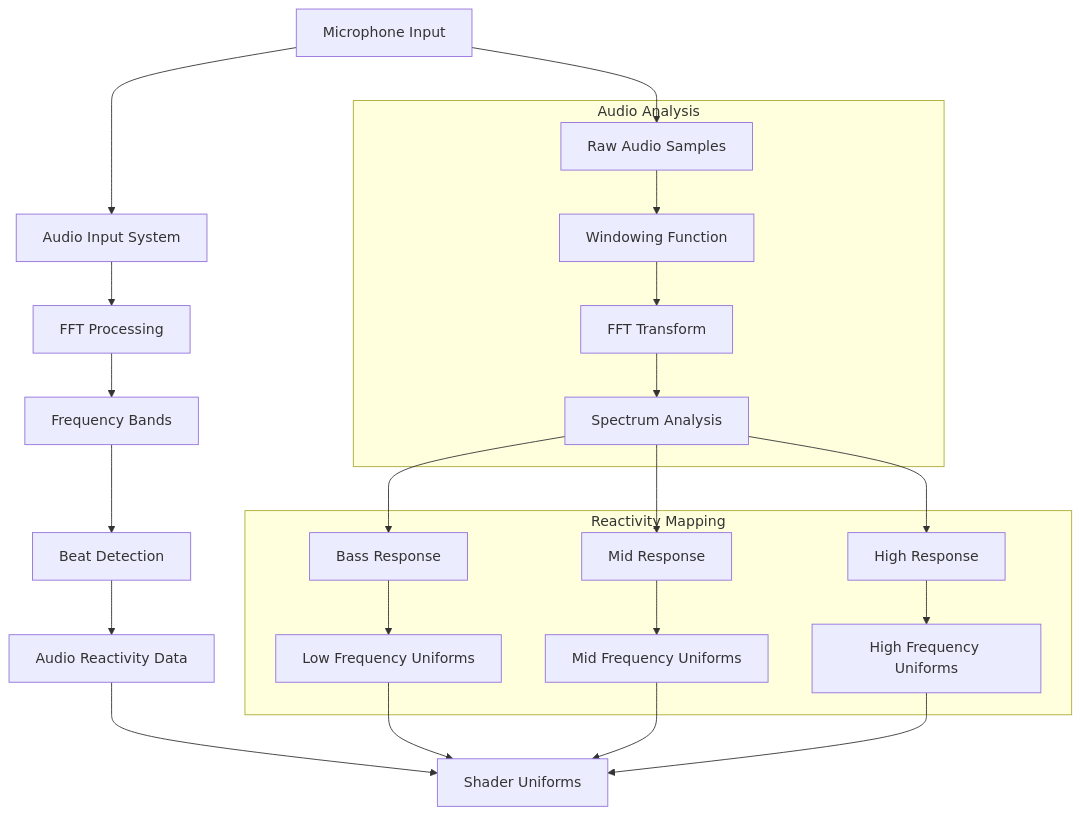
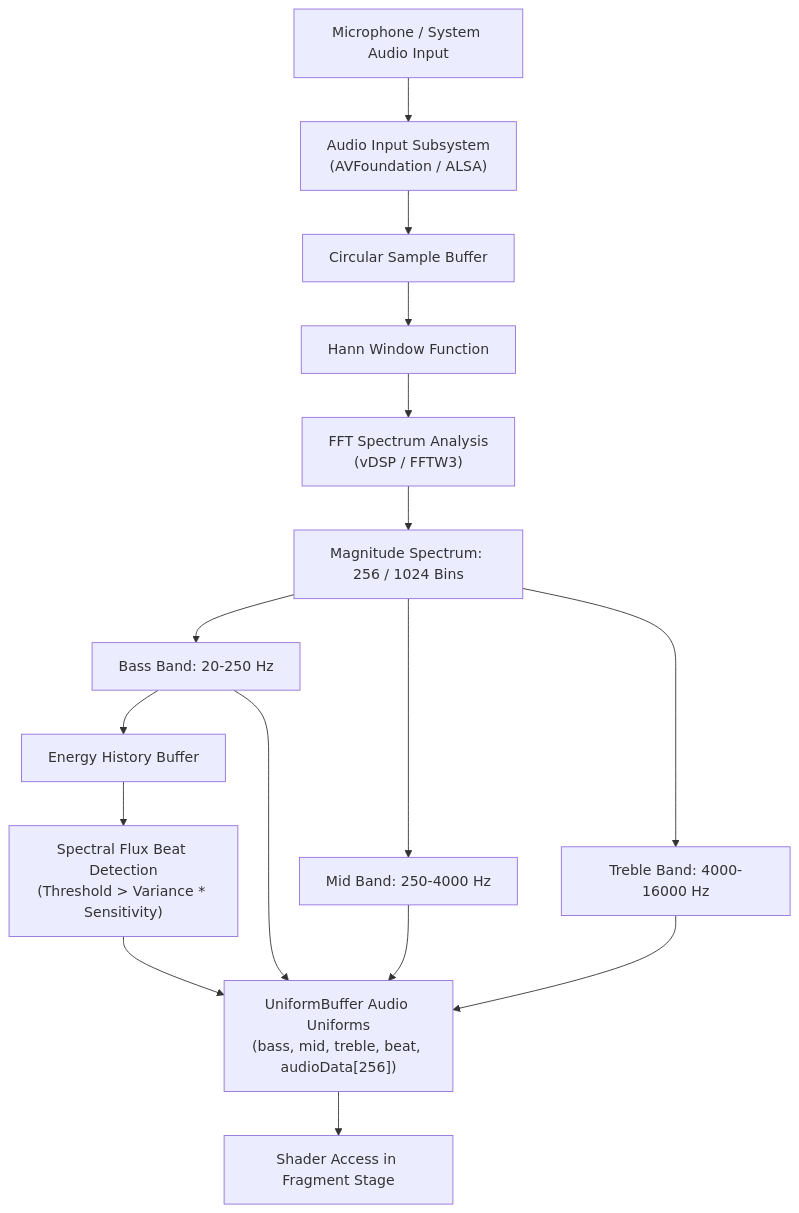
Before and after one commit to 23skdu/ShaderCandy: the fifth of 11 diagrams in docs/ArchitectureDiagrams.md, drawn with Mermaid. The commit also changed other lines of this file and 32 other files, not shown here.

````diff
--- a/docs/ArchitectureDiagrams.md
+++ b/docs/ArchitectureDiagrams.md
@@ -67,29 +140,18 @@
 ```mermaid
 flowchart TD
-    A[Microphone Input] --> B[Audio Input System]
-    B --> C[FFT Processing]
-    C --> D[Frequency Bands]
-    D --> E[Beat Detection]
-    E --> F[Audio Reactivity Data]
-    F --> G[Shader Uniforms]
+    A[Microphone / System Audio Input] --> B["Audio Input Subsystem\n(AVFoundation / ALSA)"]
+    B --> C[Circular Sample Buffer]
+    C --> D[Hann Window Function]
+    D --> E["FFT Spectrum Analysis\n(vDSP / FFTW3)"]
+    E --> F[Magnitude Spectrum: 256 / 1024 Bins]
 
-    subgraph "Audio Analysis"
-        H[Raw Audio Samples] --> I[Windowing Function]
-        I --> J[FFT Transform]
-        J --> K[Spectrum Analysis]
-    end
+    F --> G[Bass Band: 20-250 Hz]
+    F --> H[Mid Band: 250-4000 Hz]
+    F --> I[Treble Band: 4000-16000 Hz]
 
-    subgraph "Reactivity Mapping"
-        L[Bass Response] --> M[Low Frequency Uniforms]
-        N[Mid Response] --> O[Mid Frequency Uniforms]
-        P[High Response] --> Q[High Frequency Uniforms]
-    end
+    G --> J[Energy History Buffer]
+    J --> K["Spectral Flux Beat Detection\n(Threshold > Variance * Sensitivity)"]
 
-    A --> H
-    K --> L
-    K --> N
-    K --> P
-    M --> G
-    O --> G
-    Q --> G
+    G & H & I & K --> U["UniformBuffer Audio Uniforms\n(bass, mid, treble, beat, audioData[256])"]
+    U --> S[Shader Access in Fragment Stage]
 ```
````
